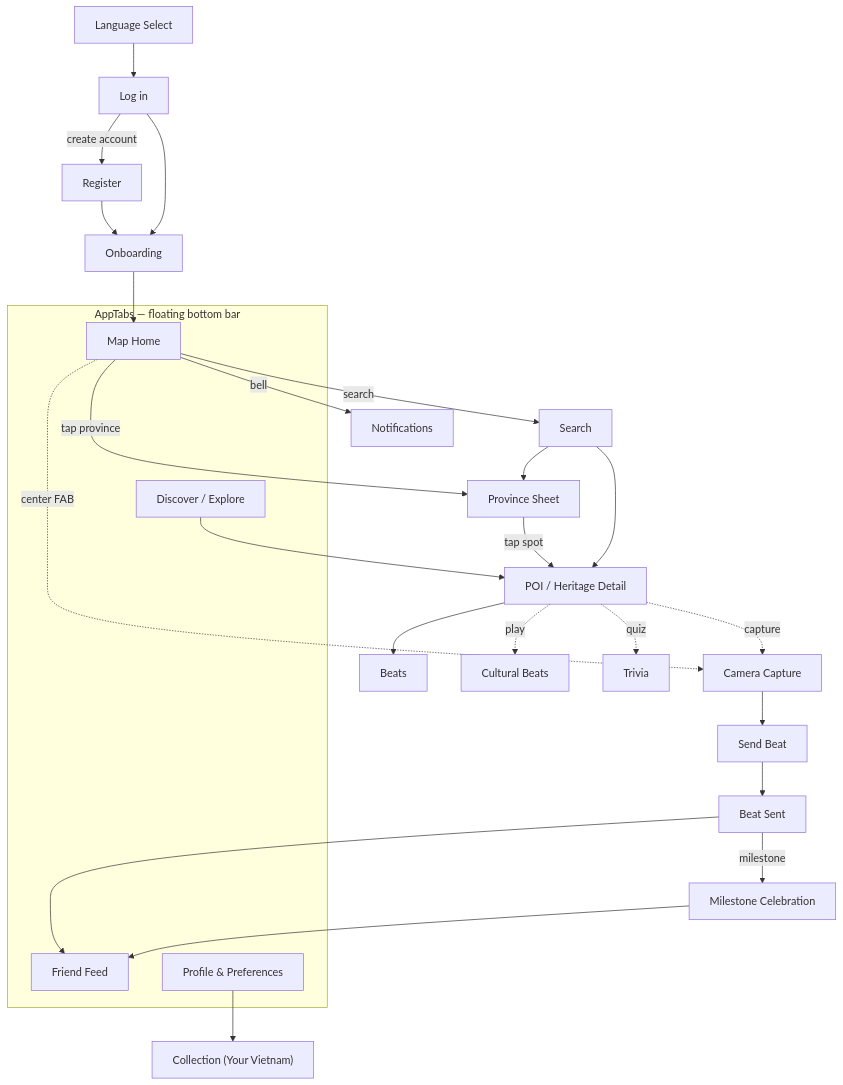
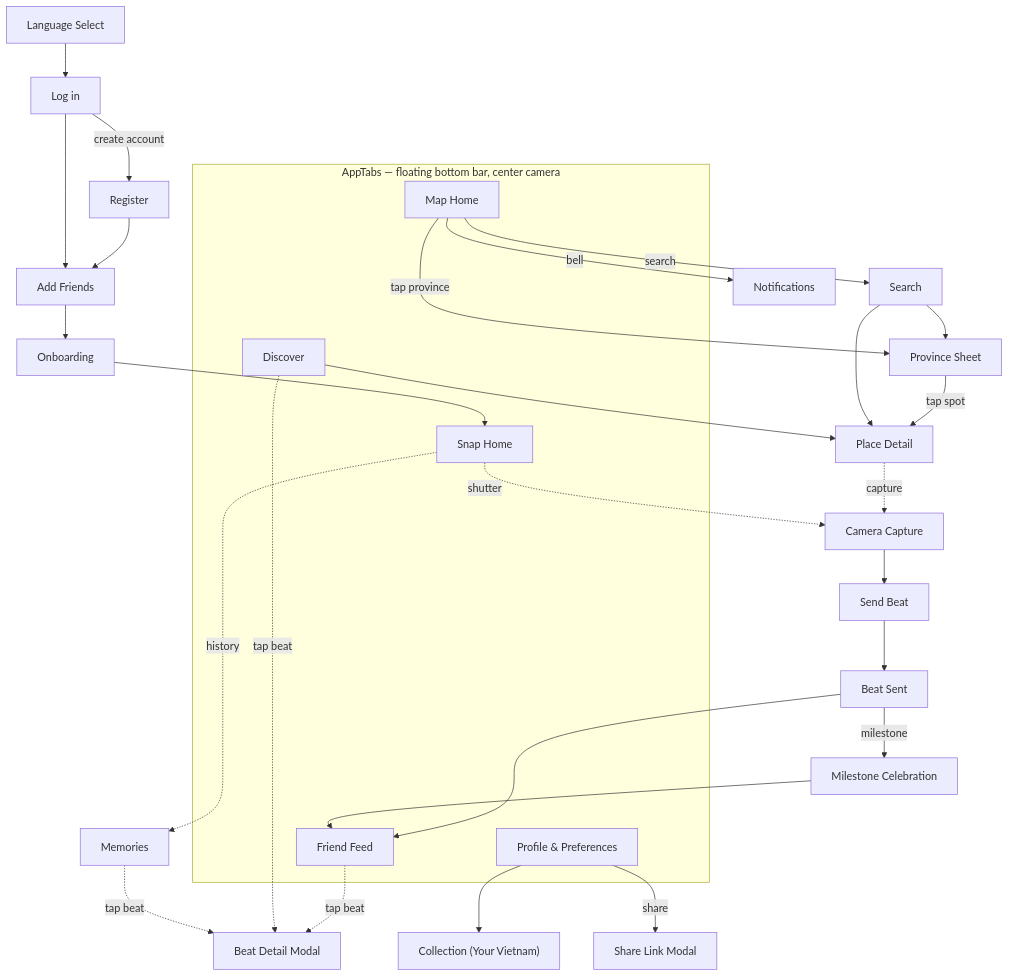
The diagram in docs/01-product-documentation/02-authored-system-documentation/ui-ux-design-document/screens/README.md (Vie-Go/viego-monorepo), drawn with Mermaid before and after one commit. The commit also changed other lines of this file and 53 other files, not shown here.

````diff
--- a/docs/01-product-documentation/02-authored-system-documentation/ui-ux-design-document/screens/README.md
+++ b/docs/01-product-documentation/02-authored-system-documentation/ui-ux-design-document/screens/README.md
@@ -36,35 +39,39 @@
 ```mermaid
 flowchart TD
   Lang[Language Select] --> Login[Log in]
   Login -->|create account| Reg[Register]
-  Reg --> Ob[Onboarding]
-  Login --> Ob
-  Ob --> Map[Map Home]
+  Reg --> Add[Add Friends]
+  Login --> Add
+  Add --> Ob[Onboarding]
+  Ob --> Snap[Snap Home]
 
-  subgraph Tabs [AppTabs — floating bottom bar]
-    Map
+  subgraph Tabs [AppTabs — floating bottom bar, center camera]
+    Map[Map Home]
     Feed[Friend Feed]
-    Explore[Discover / Explore]
+    Snap
+    Discover
     Me[Profile & Preferences]
   end
 
   Map -->|tap province| Sheet[Province Sheet]
   Map -->|search| Search
   Map -->|bell| Notif[Notifications]
-  Sheet -->|tap spot| POI[POI / Heritage Detail]
-  Explore --> POI
-  Search --> POI
+  Sheet -->|tap spot| Place[Place Detail]
+  Discover --> Place
+  Search --> Place
   Search --> Sheet
-  POI --> Beats
   Me --> Collection["Collection (Your Vietnam)"]
+  Me -->|share| Share[Share Link Modal]
 
-  Map -.center FAB.-> Cam[Camera Capture]
-  POI -.capture.-> Cam
+  Snap -.shutter.-> Cam[Camera Capture]
+  Place -.capture.-> Cam
   Cam --> Send[Send Beat]
   Send --> Sent[Beat Sent]
   Sent -->|milestone| Milestone[Milestone Celebration]
   Sent --> Feed
   Milestone --> Feed
-  POI -.play.-> CB[Cultural Beats]
-  POI -.quiz.-> Trivia
+  Snap -.history.-> Mem[Memories]
+  Feed -.tap beat.-> Modal[Beat Detail Modal]
+  Discover -.tap beat.-> Modal
+  Mem -.tap beat.-> Modal
 ```
````
